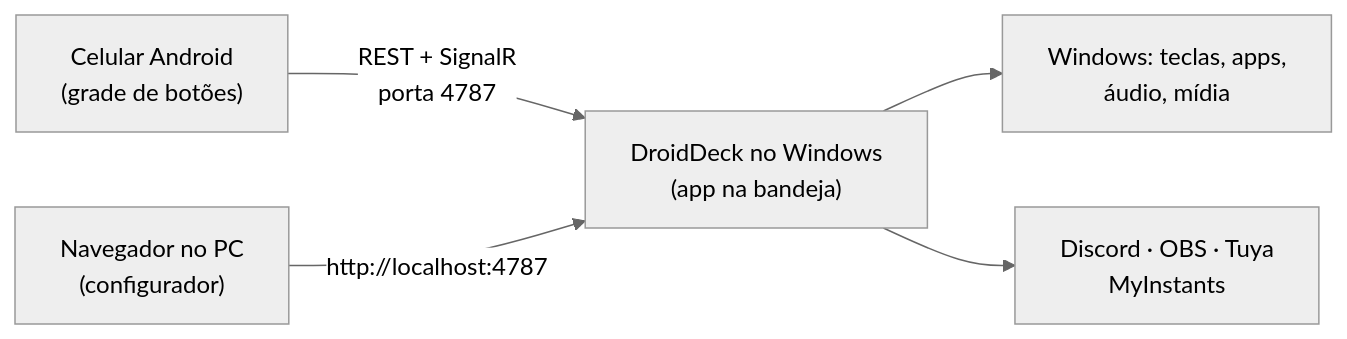
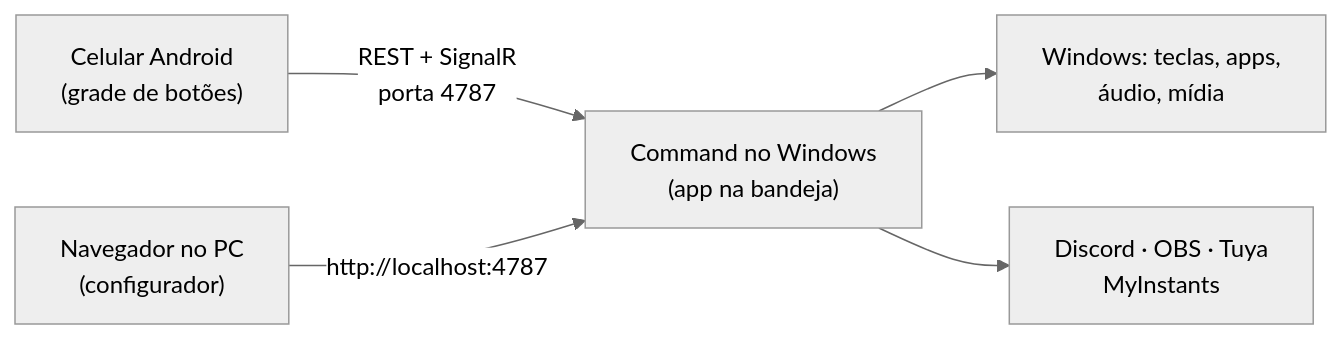
Before and after one commit to playertwo1/Command: the diagram in website/docs/pt/index.md, drawn with Mermaid (neutral theme). The commit also changed other lines of this file and 716 other files, not shown here.

Commit message:
refactor: rename DroidDeck branding to Command

````diff
--- a/website/docs/pt/index.md
+++ b/website/docs/pt/index.md
@@ -33,7 +33,7 @@
 ```mermaid
 flowchart LR
-  phone["Celular Android<br/>(grade de botões)"] -- "REST + SignalR<br/>porta 4787" --> pc["DroidDeck no Windows<br/>(app na bandeja)"]
+  phone["Celular Android<br/>(grade de botões)"] -- "REST + SignalR<br/>porta 4787" --> pc["Command no Windows<br/>(app na bandeja)"]
   browser["Navegador no PC<br/>(configurador)"] -- "http://localhost:4787" --> pc
   pc --> win["Windows: teclas, apps,<br/>áudio, mídia"]
   pc --> ext["Discord · OBS · Tuya<br/>MyInstants"]
 ```
````
